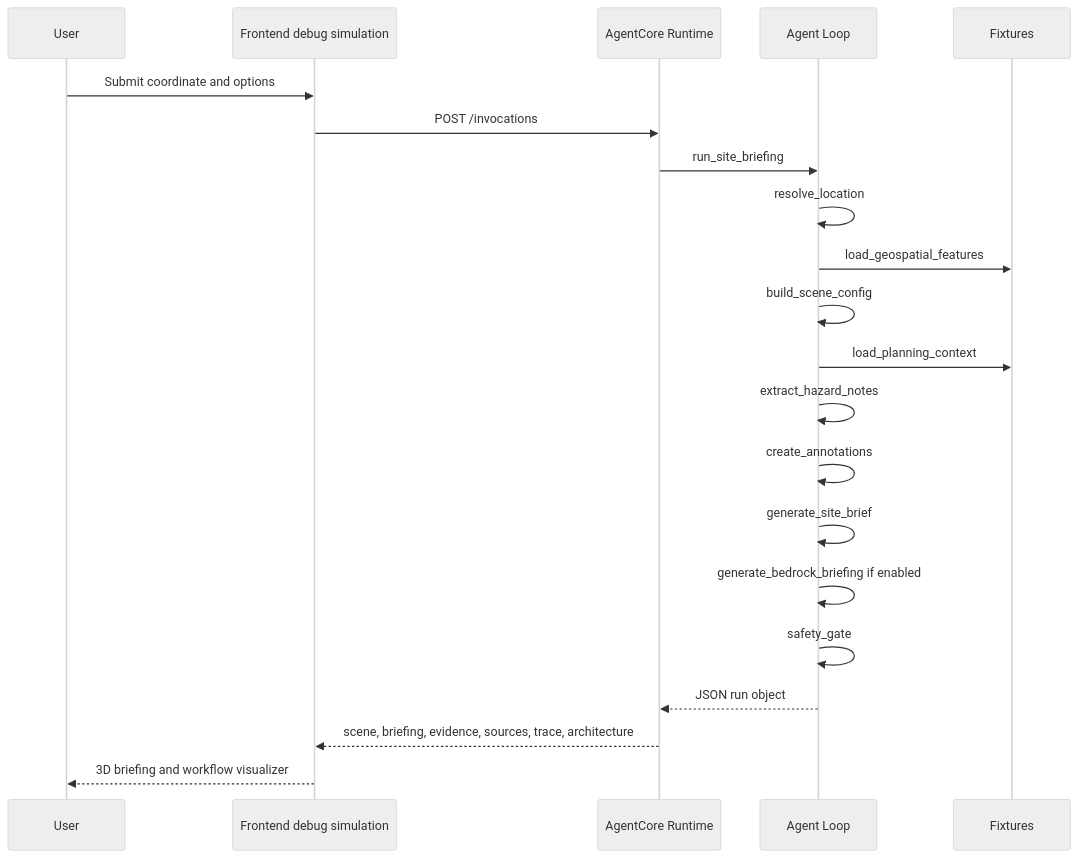
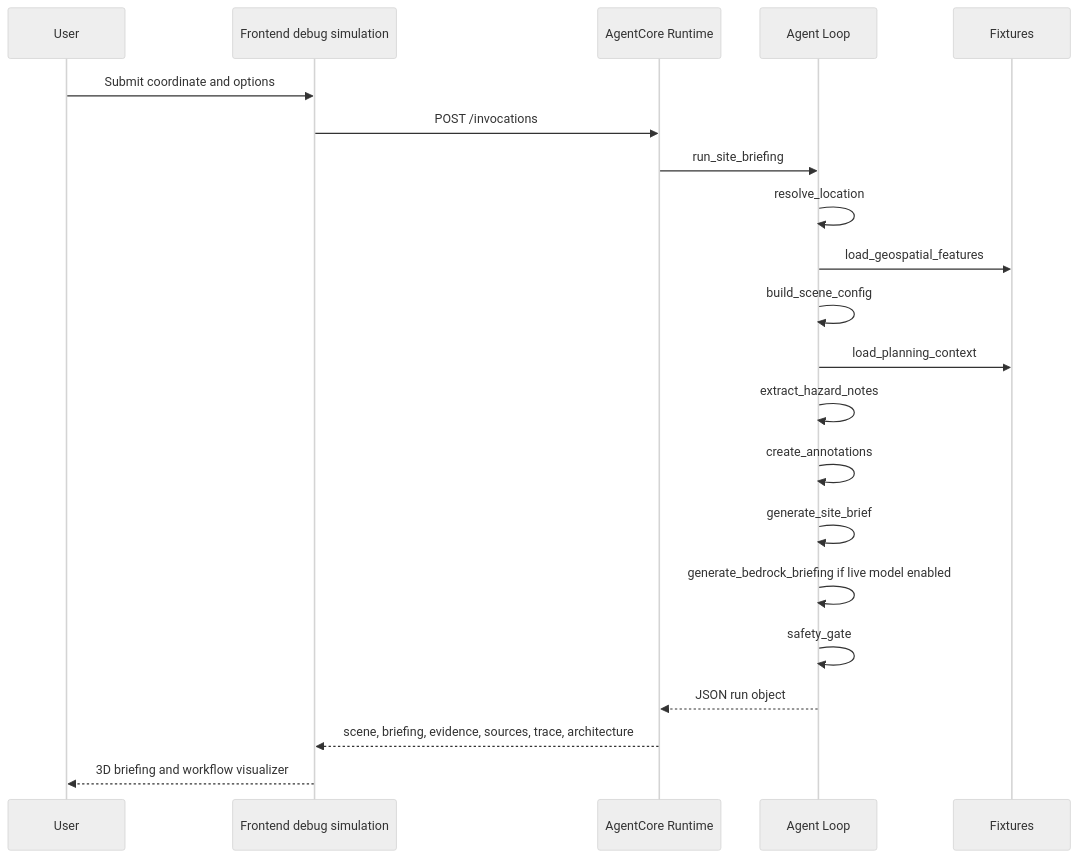
One commit to Capitano00/3D-RAMS changed the fifth of 9 diagrams in docs/architecture.md. Above: the diagram before and after it, drawn with Mermaid (neutral theme). The commit also changed other lines of this file and 43 other files, not shown here.

Commit message:
Implement #70: Migrate live model path from Bedrock to OpenAI-compatible hosted gateway

````diff
--- a/docs/architecture.md
+++ b/docs/architecture.md
@@ -107,24 +107,24 @@
 ```mermaid
 sequenceDiagram
     participant U as User
     participant UI as Frontend debug simulation
     participant API as AgentCore Runtime
     participant A as Agent Loop
     participant F as Fixtures
 
     U->>UI: Submit coordinate and options
     UI->>API: POST /invocations
     API->>A: run_site_briefing
     A->>A: resolve_location
     A->>F: load_geospatial_features
     A->>A: build_scene_config
     A->>F: load_planning_context
     A->>A: extract_hazard_notes
     A->>A: create_annotations
     A->>A: generate_site_brief
-    A->>A: generate_bedrock_briefing if enabled
+    A->>A: generate_bedrock_briefing if live model enabled
     A->>A: safety_gate
     A-->>API: JSON run object
     API-->>UI: scene, briefing, evidence, sources, trace, architecture
     UI-->>U: 3D briefing and workflow visualizer
 ```
````
